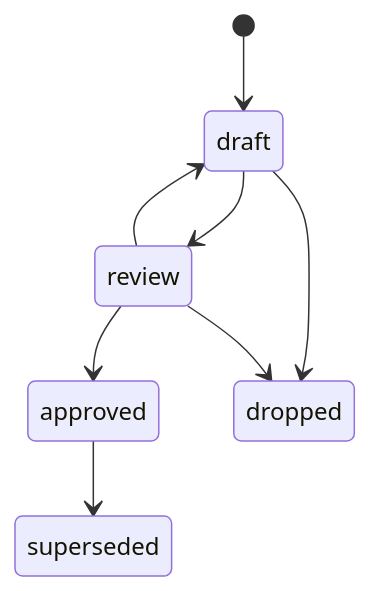
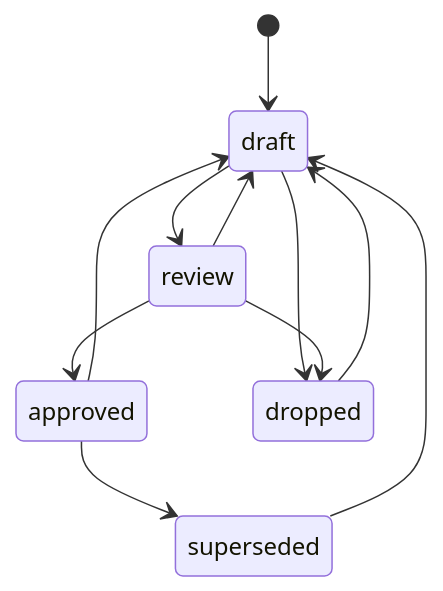
One commit to chelowek054-lgtm/docdd-console changed the first of 2 diagrams in docs/02-workspace-contract.md. Above: the diagram before and after it, drawn with Mermaid. The commit also changed other lines of this file and 7 other files, not shown here.

````diff
--- a/docs/02-workspace-contract.md
+++ b/docs/02-workspace-contract.md
@@ -214,10 +214,13 @@
 ```mermaid
 stateDiagram-v2
     [*] --> draft
     draft --> review
     review --> draft
     review --> approved
     approved --> superseded
+    approved --> draft
+    superseded --> draft
     draft --> dropped
     review --> dropped
+    dropped --> draft
 ```
````
